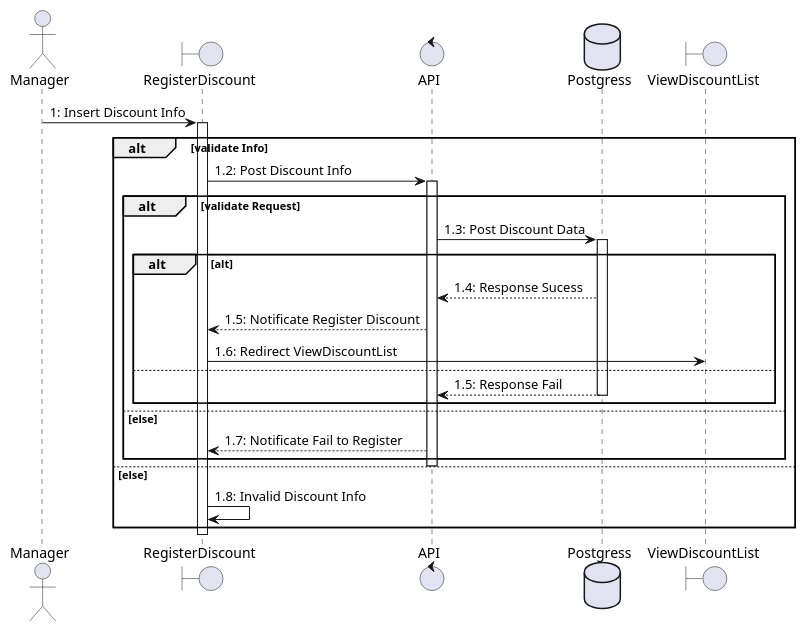
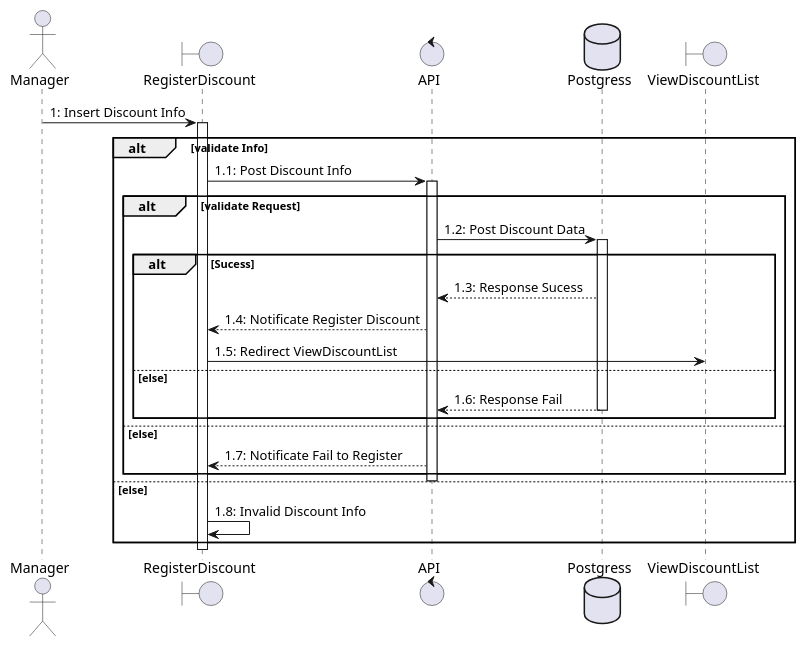
Before and after one commit to bosshentai/tccCode: the diagram in diagram/main/Sequence/RegisterDiscount.puml, drawn with PlantUML. The commit also changed 1 other file, not shown here.

Commit message:
Finish RegisterEmployee Sequence Diagram

```diff
--- a/diagram/main/Sequence/RegisterDiscount.puml
+++ b/diagram/main/Sequence/RegisterDiscount.puml
@@ -1,45 +1,45 @@
 @startuml Register Discount
 
 actor Manager as a1
 boundary RegisterDiscount as b1
 control API as c1
 database Postgress as db
 boundary ViewDiscountList as b2
 
 a1 -> b1: 1: Insert Discount Info
 activate b1
 alt validate Info
-    b1 -> c1: 1.2: Post Discount Info
+    b1 -> c1: 1.1: Post Discount Info
     activate c1
 
     alt validate Request
-          c1 -> db: 1.3: Post Discount Data
+          c1 -> db: 1.2: Post Discount Data
           activate db
 
-          alt alt
-          db --> c1: 1.4: Response Sucess
+          alt Sucess
+          db --> c1: 1.3: Response Sucess
 
 
-          c1 --> b1: 1.5: Notificate Register Discount
+          c1 --> b1: 1.4: Notificate Register Discount
 
-          b1 -> b2: 1.6: Redirect ViewDiscountList
-          else
+          b1 -> b2: 1.5: Redirect ViewDiscountList
+          else else
 
-          db --> c1: 1.5: Response Fail
+          db --> c1: 1.6: Response Fail
 
           deactivate db
 
           end
     else else
         '  db --> c1 : 1.7: Response Fail
 
          c1 --> b1 : 1.7: Notificate Fail to Register
     end
     deactivate c1
 else else
 
   b1 -> b1 : 1.8: Invalid Discount Info
 
 end
 deactivate b1
 @enduml
```
